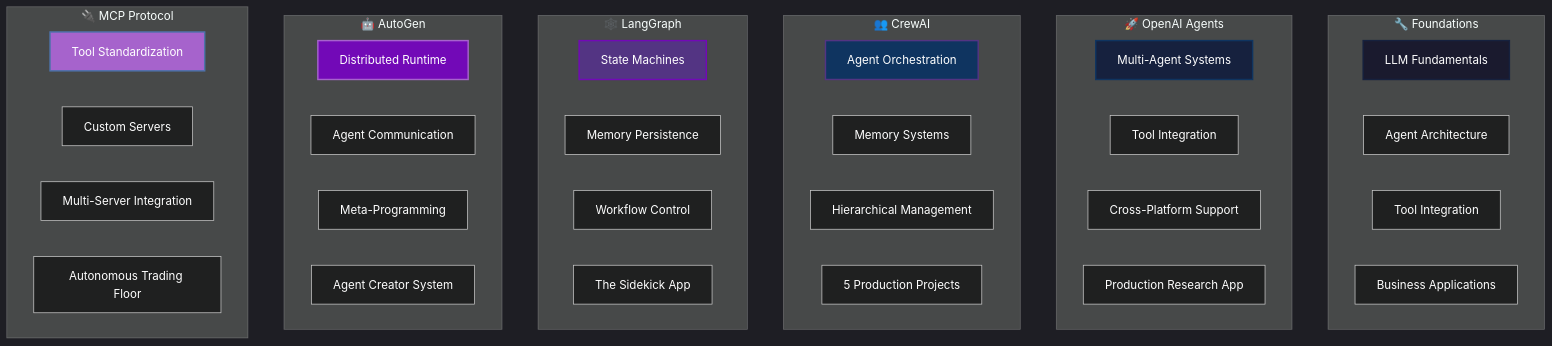
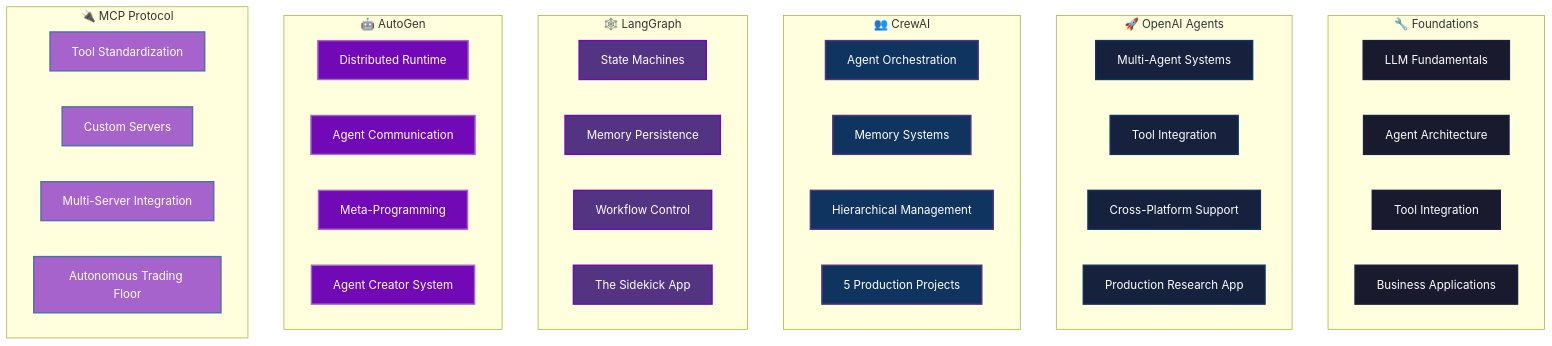
One commit to Jai-Keshav-Sharma/Agentic-AI-Frameworks changed the second of 5 diagrams in README.md. Above: the diagram before and after it, drawn with Mermaid. The commit also changed other lines of this file and 1 other file, not shown here.

````diff
--- a/README.md
+++ b/README.md
@@ -120,52 +123,58 @@
 ```mermaid
-%%{init: {'theme':'dark','themeVariables': {'primaryColor': '#ff6b6b', 'primaryTextColor': '#fff', 'primaryBorderColor': '#ff6b6b', 'lineColor': '#ffa500', 'sectionBkColor': '#1e1e1e', 'altSectionBkColor': '#2d2d2d', 'gridColor': '#404040', 'textColor': '#ffffff', 'taskBkColor': '#404040', 'taskTextColor': '#ffffff', 'taskTextLightColor': '#ffffff', 'taskTextOutsideColor': '#ffffff', 'taskTextClickableColor': '#003163', 'activeTaskBkColor': '#ff6b6b', 'activeTaskBorderColor': '#ff6b6b'}}}%%
 graph TB
     subgraph "🔧 Foundations"
         A1[LLM Fundamentals]
         A2[Agent Architecture]
         A3[Tool Integration]
         A4[Business Applications]
     end
     
     subgraph "🚀 OpenAI Agents"
         B1[Multi-Agent Systems]
         B2[Tool Integration]
         B3[Cross-Platform Support]
         B4[Production Research App]
     end
     
     subgraph "👥 CrewAI"
         C1[Agent Orchestration]
         C2[Memory Systems]  
         C3[Hierarchical Management]
         C4[5 Production Projects]
     end
     
     subgraph "🕸️ LangGraph"
         D1[State Machines]
         D2[Memory Persistence]
         D3[Workflow Control]
         D4[The Sidekick App]
     end
     
     subgraph "🤖 AutoGen"
         E1[Distributed Runtime]
         E2[Agent Communication]
         E3[Meta-Programming]
         E4[Agent Creator System]
     end
     
     subgraph "🔌 MCP Protocol"
         F1[Tool Standardization]
         F2[Custom Servers]
         F3[Multi-Server Integration]
         F4[Autonomous Trading Floor]
     end
     
-    style A1 fill:#1a1a2e,stroke:#16213e,stroke-width:2px,color:#ffffff
-    style B1 fill:#16213e,stroke:#0f3460,stroke-width:2px,color:#ffffff
-    style C1 fill:#0f3460,stroke:#533483,stroke-width:2px,color:#ffffff
-    style D1 fill:#533483,stroke:#7209b7,stroke-width:2px,color:#ffffff
-    style E1 fill:#7209b7,stroke:#a663cc,stroke-width:2px,color:#ffffff
-    style F1 fill:#a663cc,stroke:#4d72aa,stroke-width:2px,color:#ffffff
+    classDef foundations fill:#1a1a2e,stroke:#16213e,stroke-width:2px,color:#ffffff
+    classDef openai fill:#16213e,stroke:#0f3460,stroke-width:2px,color:#ffffff
+    classDef crew fill:#0f3460,stroke:#533483,stroke-width:2px,color:#ffffff
+    classDef langgraph fill:#533483,stroke:#7209b7,stroke-width:2px,color:#ffffff
+    classDef autogen fill:#7209b7,stroke:#a663cc,stroke-width:2px,color:#ffffff
+    classDef mcp fill:#a663cc,stroke:#4d72aa,stroke-width:2px,color:#ffffff
+    
+    class A1,A2,A3,A4 foundations
+    class B1,B2,B3,B4 openai
+    class C1,C2,C3,C4 crew
+    class D1,D2,D3,D4 langgraph
+    class E1,E2,E3,E4 autogen
+    class F1,F2,F3,F4 mcp
 ```
````
